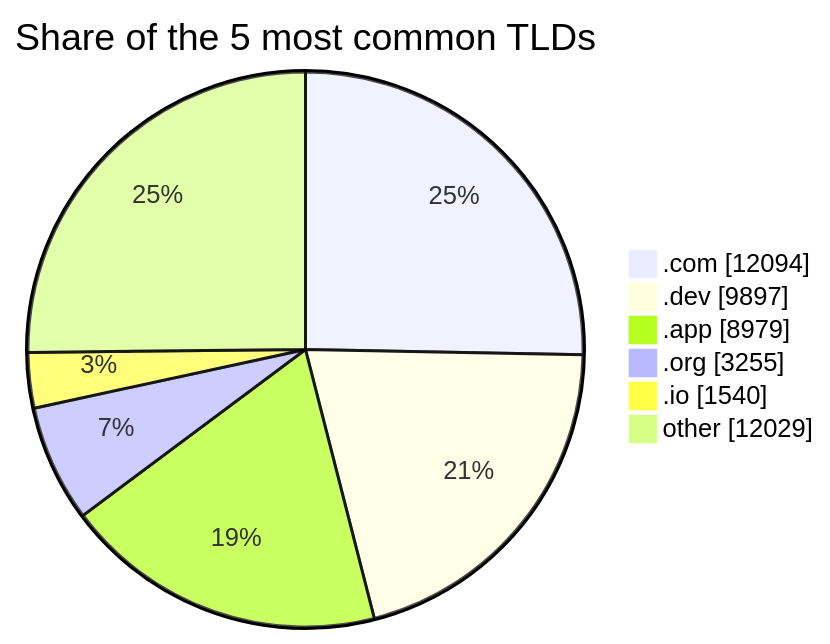
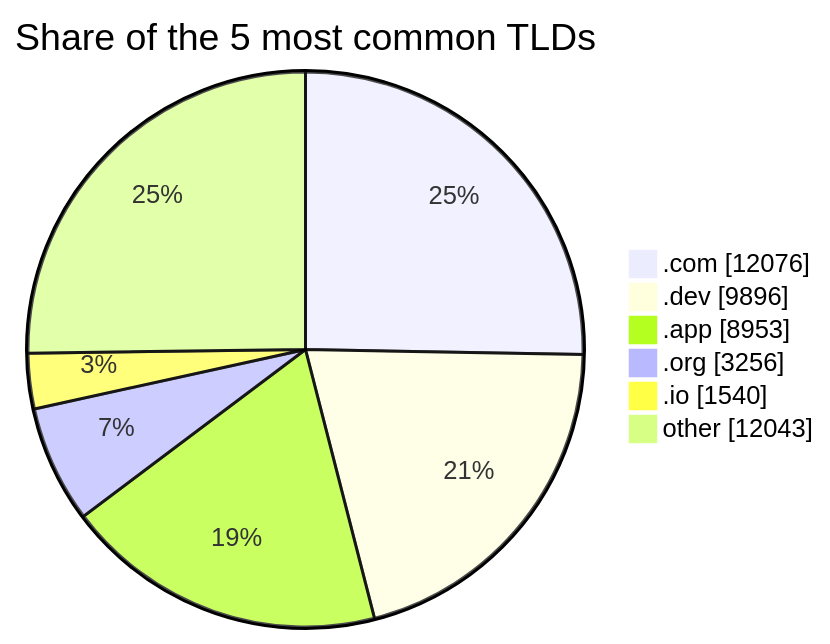
The third of 3 diagrams in README.md (DNSBunker/CTI), drawn with Mermaid before and after one commit. The commit also changed other lines of this file and 3 other files, not shown here.

````diff
--- a/README.md
+++ b/README.md
@@ -81,9 +81,9 @@
 ```mermaid
 pie showData title Share of the 5 most common TLDs
-    ".com" : 12094
-    ".dev" : 9897
-    ".app" : 8979
-    ".org" : 3255
+    ".com" : 12076
+    ".dev" : 9896
+    ".app" : 8953
+    ".org" : 3256
     ".io" : 1540
-    "other" : 12029
+    "other" : 12043
 ```
````
